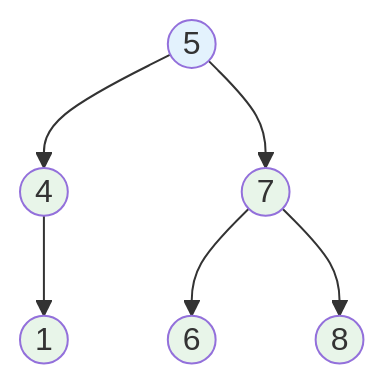
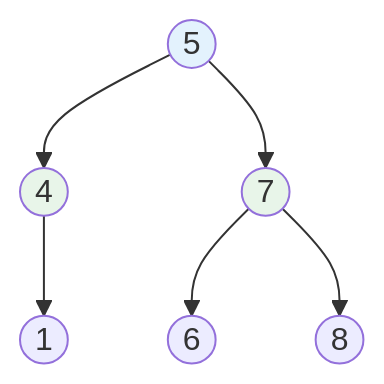
One commit to hemy08/hemynotes changed diagram 30 of 31 in docs/030-数据结构与算法/200-树结构/002-二叉搜索树.md. Above: the diagram before and after it, drawn with Mermaid. The commit also changed other lines of this file and 91 other files, not shown here.

````diff
--- a/docs/030-数据结构与算法/200-树结构/002-二叉搜索树.md
+++ b/docs/030-数据结构与算法/200-树结构/002-二叉搜索树.md
@@ -641,15 +630,12 @@
 ```mermaid
 graph TB
-    A((5)) --> B((4))
-    A --> C((7))
-    B --> D((1))
-    C --> F((6))
-    C --> G((8))
+    5((5)) --> 4((4))
+    5 --> 7((7))
+    4 --> 1((1))
+    7 --> 6((6))
+    7 --> 8((8))
     
-    style A fill:#E3F2FD
-    style B fill:#E8F5E9
-    style C fill:#E8F5E9
-    style D fill:#E8F5E9
-    style F fill:#E8F5E9
-    style G fill:#E8F5E9
+    style 5 fill:#E3F2FD
+    style 4 fill:#E8F5E9
+    style 7 fill:#E8F5E9
 ```
````
